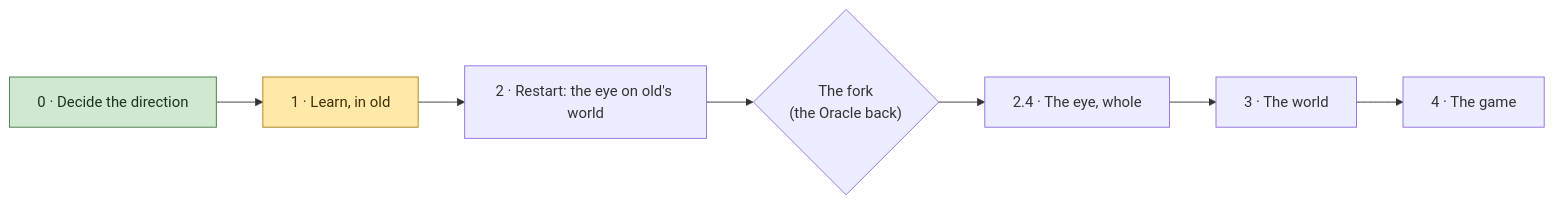
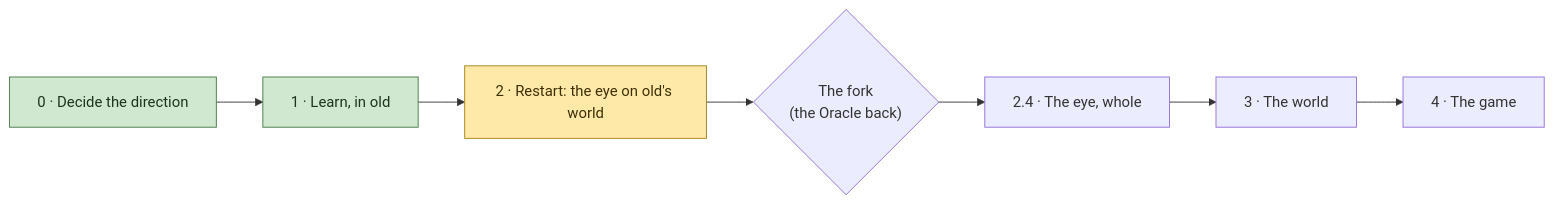
Before and after one commit to david138collins/incus-artus: the diagram in master/plan.md, drawn with Mermaid. The commit also changed other lines of this file and 1 other file, not shown here.

````diff
--- a/master/plan.md
+++ b/master/plan.md
@@ -30,11 +31,11 @@
 ```mermaid
 flowchart LR
-  P0["0 · Decide the direction"]:::ticked --> P1["1 · Learn, in old"]:::now
-  P1 --> P2["2 · Restart: the eye on old's world"]
+  P0["0 · Decide the direction"]:::ticked --> P1["1 · Learn, in old"]:::ticked
+  P1 --> P2["2 · Restart: the eye on old's world"]:::now
   P2 --> F{"The fork<br/>(the Oracle back)"}
   F --> P2b["2.4 · The eye, whole"]
   P2b --> P3["3 · The world"]
   P3 --> P4["4 · The game"]
   classDef ticked fill:#cfe8cf,stroke:#4a7a4a,color:#1d331d
   classDef now fill:#ffe9a8,stroke:#a8841c,color:#3d2f05
 ```
````
